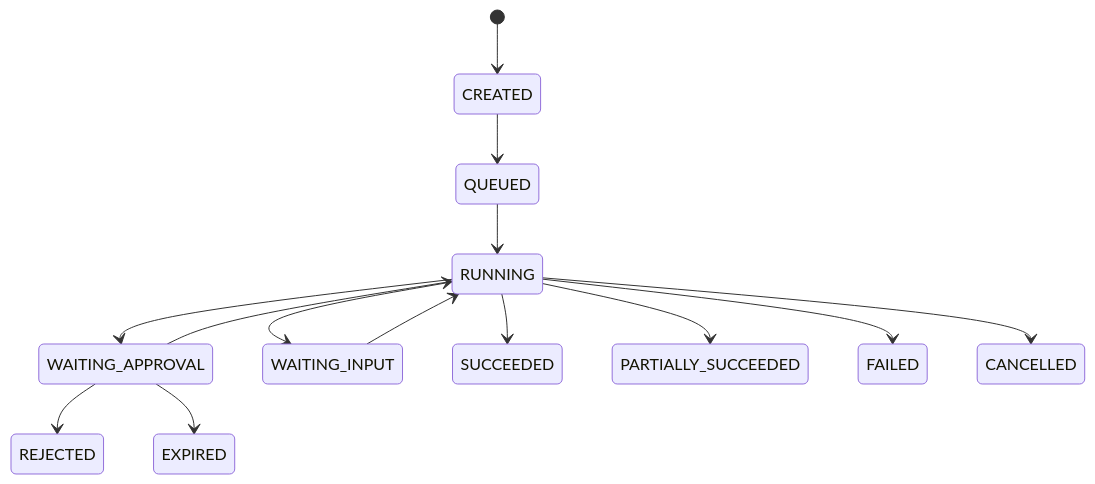
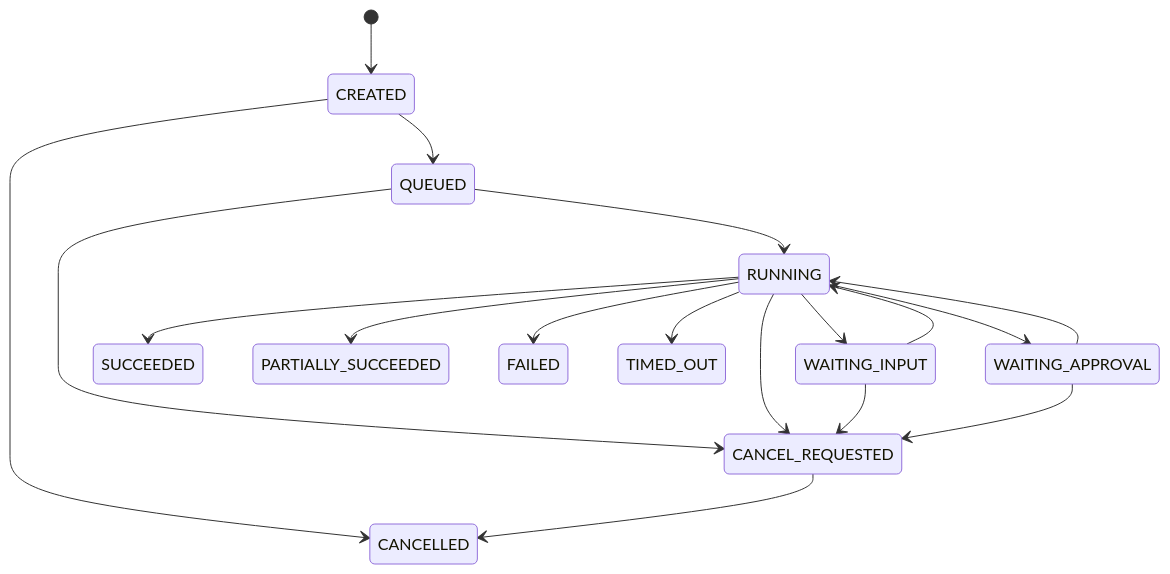
Before and after one commit to ramza2/mcp-flow: the diagram in docs/05-data-model.md, drawn with Mermaid. The commit also changed other lines of this file, not shown here.

````diff
--- a/docs/05-data-model.md
+++ b/docs/05-data-model.md
@@ -906,16 +631,20 @@
 ```mermaid
 stateDiagram-v2
     [*] --> CREATED
     CREATED --> QUEUED
+    CREATED --> CANCELLED
     QUEUED --> RUNNING
+    QUEUED --> CANCEL_REQUESTED
+    RUNNING --> WAITING_INPUT
     RUNNING --> WAITING_APPROVAL
-    RUNNING --> WAITING_INPUT
+    RUNNING --> CANCEL_REQUESTED
+    WAITING_INPUT --> RUNNING
+    WAITING_INPUT --> CANCEL_REQUESTED
     WAITING_APPROVAL --> RUNNING
-    WAITING_INPUT --> RUNNING
+    WAITING_APPROVAL --> CANCEL_REQUESTED
+    CANCEL_REQUESTED --> CANCELLED
     RUNNING --> SUCCEEDED
     RUNNING --> PARTIALLY_SUCCEEDED
     RUNNING --> FAILED
-    RUNNING --> CANCELLED
-    WAITING_APPROVAL --> REJECTED
-    WAITING_APPROVAL --> EXPIRED
+    RUNNING --> TIMED_OUT
 ```
````
